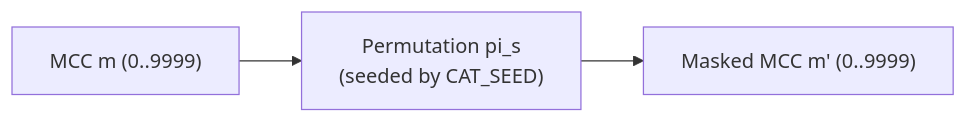
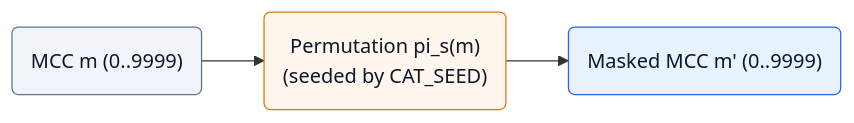
One commit to kkirko/PII-Masking-Service changed the third of 6 diagrams in README.ru.md. Above: the diagram before and after it, drawn with Mermaid. The commit also changed other lines of this file and 2 other files, not shown here.

Commit message:
Docs: fix GitHub Mermaid/LaTeX rendering and polish visuals

````diff
--- a/README.ru.md
+++ b/README.ru.md
@@ -146,5 +150,8 @@
 ```mermaid
 flowchart LR
-  A["MCC m (0..9999)"] --> B["Permutation pi_s<br/>(seeded by CAT_SEED)"]
-  B --> C["Masked MCC m' (0..9999)"]
+  classDef input fill:#f1f5f9,stroke:#64748b,stroke-width:1px,color:#0f172a;
+  classDef proc fill:#fff7ed,stroke:#d97706,stroke-width:1px,color:#0f172a;
+  classDef output fill:#e8f3ff,stroke:#2563eb,stroke-width:1px,color:#0f172a;
+
+  A("MCC m (0..9999)"):::input --> B("Permutation pi_s(m)<br/>(seeded by CAT_SEED)"):::proc --> C("Masked MCC m' (0..9999)"):::output
 ```
````
